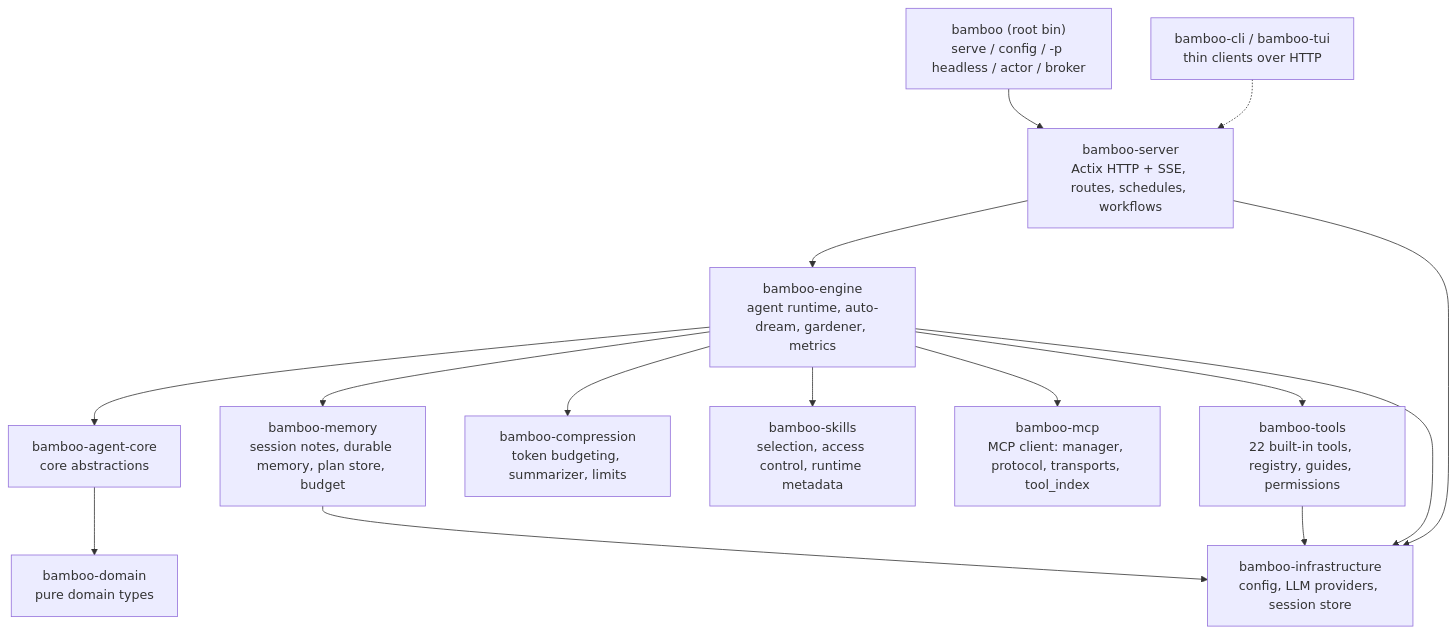
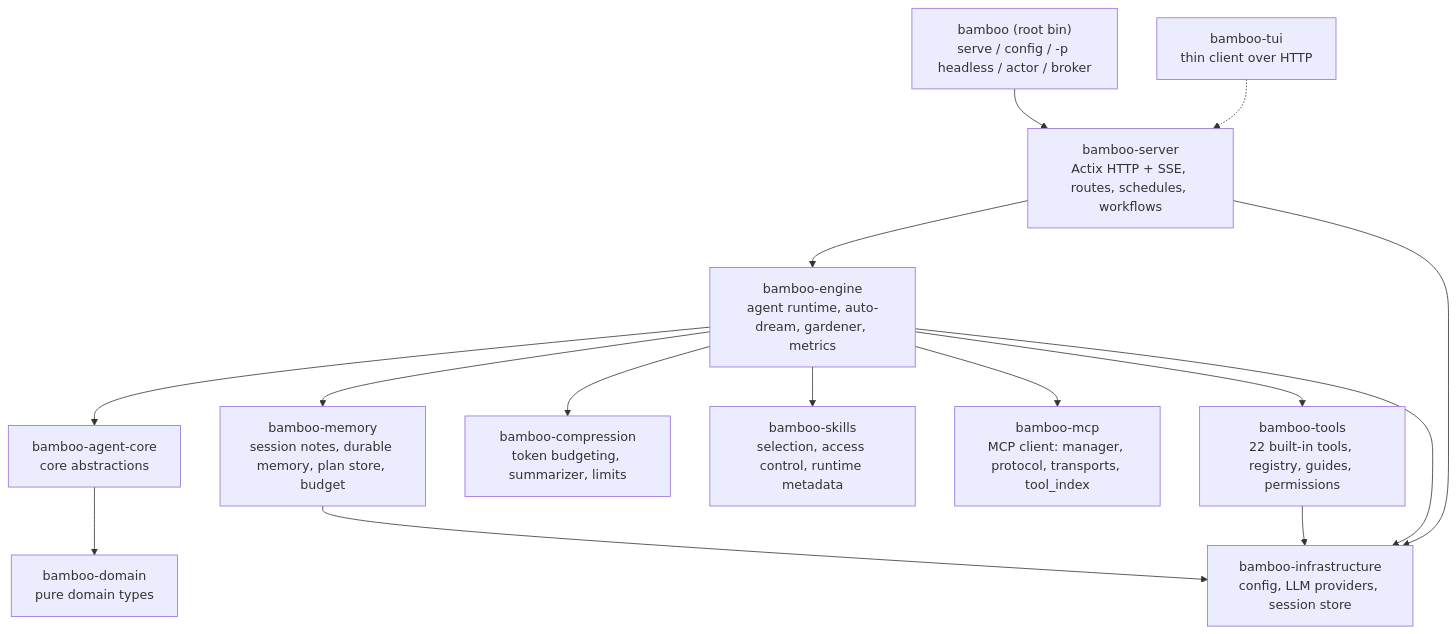
One commit to bigduu/Bamboo-agent changed the diagram in README.md. Above: the diagram before and after it, drawn with Mermaid. The commit also changed other lines of this file and 14 other files, not shown here.

First line of the commit message:
feat(cli): sync `bamboo -p` with the execute API + read surfaces (#246)

````diff
--- a/README.md
+++ b/README.md
@@ -49,17 +49,17 @@
 ```mermaid
 graph TD
   CLI["bamboo (root bin)<br/>serve / config / -p headless / actor / broker"] --> SRV[bamboo-server<br/>Actix HTTP + SSE, routes, schedules, workflows]
   SRV --> ENG[bamboo-engine<br/>agent runtime, auto-dream, gardener, metrics]
   ENG --> CORE[bamboo-agent-core<br/>core abstractions]
   CORE --> DOM[bamboo-domain<br/>pure domain types]
   ENG --> MEM[bamboo-memory<br/>session notes, durable memory, plan store, budget]
   ENG --> CMP[bamboo-compression<br/>token budgeting, summarizer, limits]
   ENG --> SKILLS[bamboo-skills<br/>selection, access control, runtime metadata]
   ENG --> MCP[bamboo-mcp<br/>MCP client: manager, protocol, transports, tool_index]
   ENG --> TOOLS[bamboo-tools<br/>22 built-in tools, registry, guides, permissions]
   ENG --> INFRA[bamboo-infrastructure<br/>config, LLM providers, session store]
   SRV --> INFRA
   TOOLS --> INFRA
   MEM --> INFRA
-  CLI2["bamboo-cli / bamboo-tui<br/>thin clients over HTTP"] -.-> SRV
+  CLI2["bamboo-tui<br/>thin client over HTTP"] -.-> SRV
 ```
````
